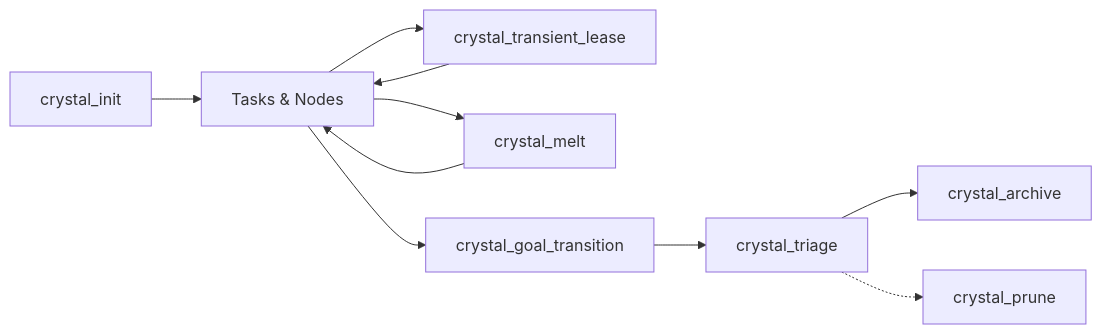
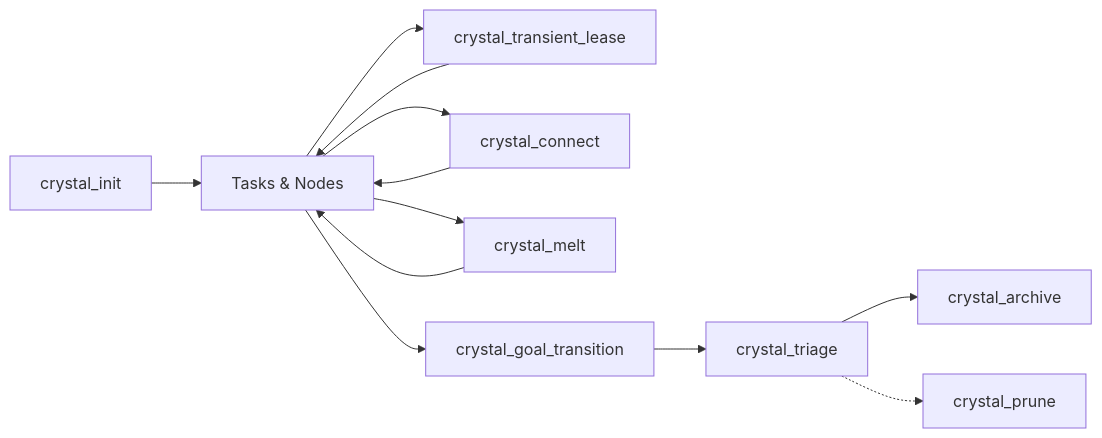
Before and after one commit to oswaldo/context-crystal: the diagram in docs/mcp/instructions.md, drawn with Mermaid. The commit also changed other lines of this file and 11 other files, not shown here.

Commit message:
feat(mcp,docs): expose crystal_connect tool, resource bonds, and documentation

````diff
--- a/docs/mcp/instructions.md
+++ b/docs/mcp/instructions.md
@@ -24,12 +24,14 @@
 ```mermaid
 flowchart LR
     Init[crystal_init] --> Work[Tasks & Nodes]
     Work --> Lease[crystal_transient_lease]
     Lease --> Work
+    Work --> Connect[crystal_connect]
+    Connect --> Work
     Work --> Melt[crystal_melt]
     Melt --> Work
     Work --> Conclude[crystal_goal_transition]
     Conclude --> Triage[crystal_triage]
     Triage --> Archive[crystal_archive]
     Triage -.-> Prune[crystal_prune]
 ```
````
